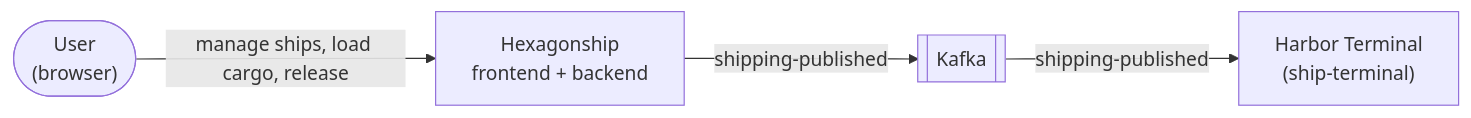
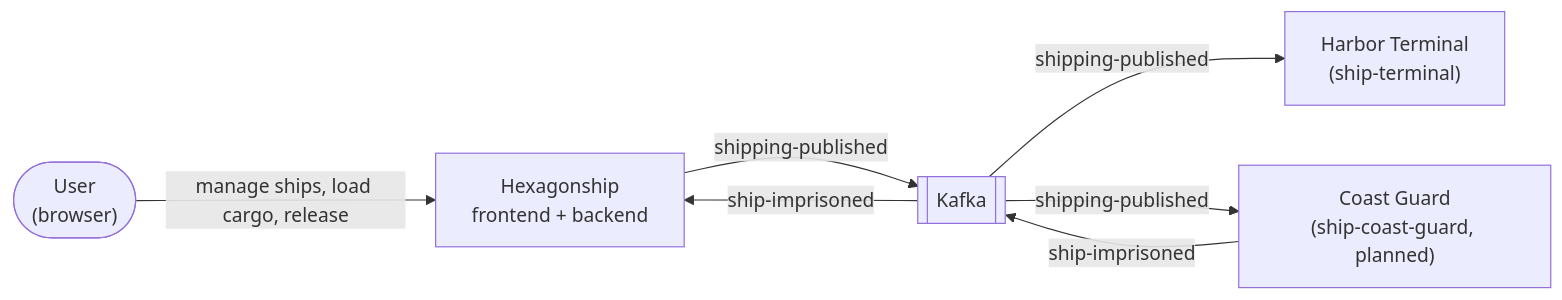
The first of 2 diagrams in docs/arc42/03-context.md (maurizio100/ddd-ship), drawn with Mermaid before and after one commit. The commit also changed other lines of this file and 9 other files, not shown here.

First line of the commit message:
docs: decide on a Coast Guard built on Kafka Streams (ADR-0011)

````diff
--- a/docs/arc42/03-context.md
+++ b/docs/arc42/03-context.md
@@ -7,10 +7,14 @@
 ```mermaid
 flowchart LR
     User(["User<br/>(browser)"])
     HS["Hexagonship<br/>frontend + backend"]
     Term["Harbor Terminal<br/>(ship-terminal)"]
     Kafka[["Kafka"]]
     User -->|"manage ships, load cargo, release"| HS
     HS -->|"shipping-published"| Kafka
     Kafka -->|"shipping-published"| Term
+    CG["Coast Guard<br/>(ship-coast-guard, planned)"]
+    Kafka -->|"shipping-published"| CG
+    CG -->|"ship-imprisoned"| Kafka
+    Kafka -->|"ship-imprisoned"| HS
 ```
````
